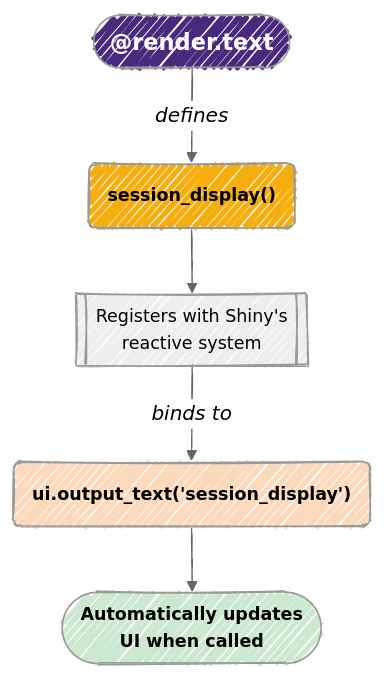
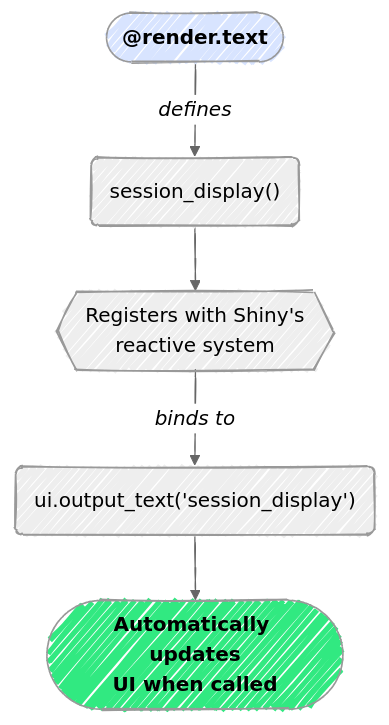
Before and after one commit to mjfrigaard/do4ds-labs: the third of 8 diagrams in app-log-py.qmd, drawn with Mermaid. The commit also changed other lines of this file and 18 other files, not shown here.

````diff
--- a/app-log-py.qmd
+++ b/app-log-py.qmd
@@ -333,20 +314,18 @@
 ```{mermaid}
 %%| fig-cap: 'Session ID'
 %%| fig-width: 7.0
 %%| fig-align: center
 %%{init: {'theme': 'neutral', 'look': 'handDrawn', 'themeVariables': { 'fontFamily': 'monospace'}}}%%
 
 graph TB
-    Decorator(["<strong>@render.text</strong>"]) --"<em>defines</em>"--> Function("<strong>session_display()</strong>")
-    Function --> Registration[["Registers with Shiny's<br>reactive system"]]
-    Registration --"<em>binds to</em>"--> UIBinding("<strong>ui.output_text('session_display')</strong>")
+    Decorator(["<strong>@render.text</strong>"]) --"<em>defines</em>"--> Function("session_display()")
+    Function --> Registration{{"Registers with Shiny's<br>reactive system"}}
+    Registration --"<em>binds to</em>"--> UIBinding("ui.output_text('session_display')")
     UIBinding --> AutoUpdate(["<strong>Automatically updates<br>UI when called</strong>"])
     
-    %% Style for inputs %%
-    style Decorator fill:#49297e,color:#fff,font-size:18px
-    style Registration font-size:14px
-    style Function fill:#f6ae0e,color:#000,rx:20,ry:20,font-size:14px
-    style UIBinding fill:#fdd9bb,color:#000,rx:20,ry:20,font-size:14px
-    style AutoUpdate fill:#cce8cf,color:#000,font-size:14px
+
+	style Decorator fill:#d8e4ff
+	style Registration text-align:center
+	style AutoUpdate fill:#31e981
 
 ```
````
